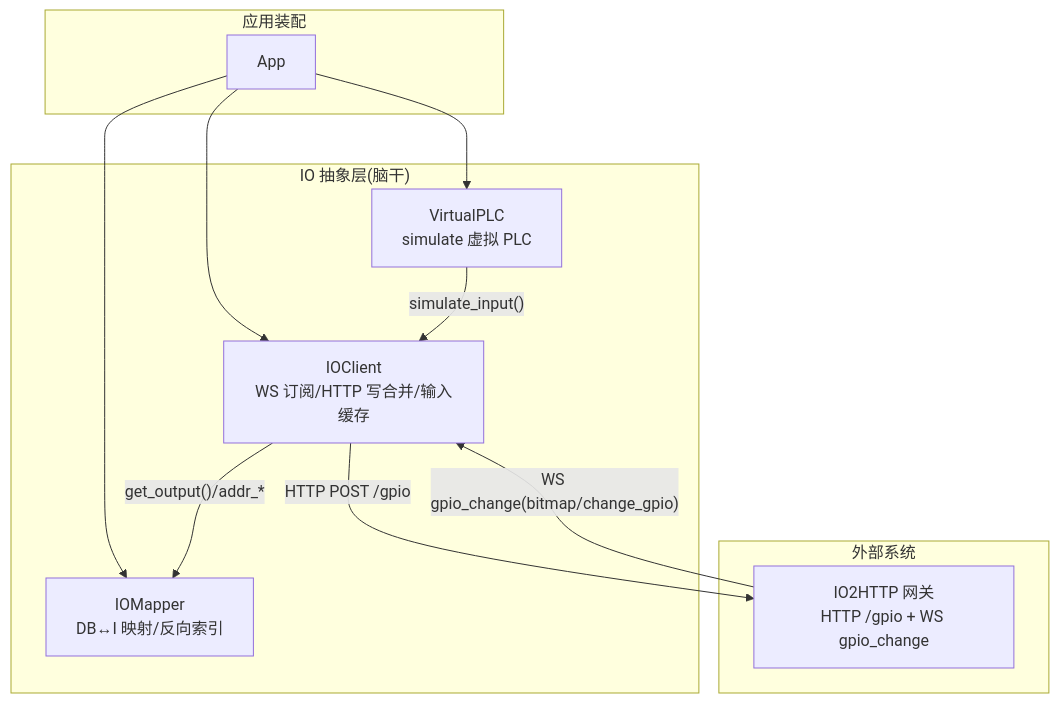
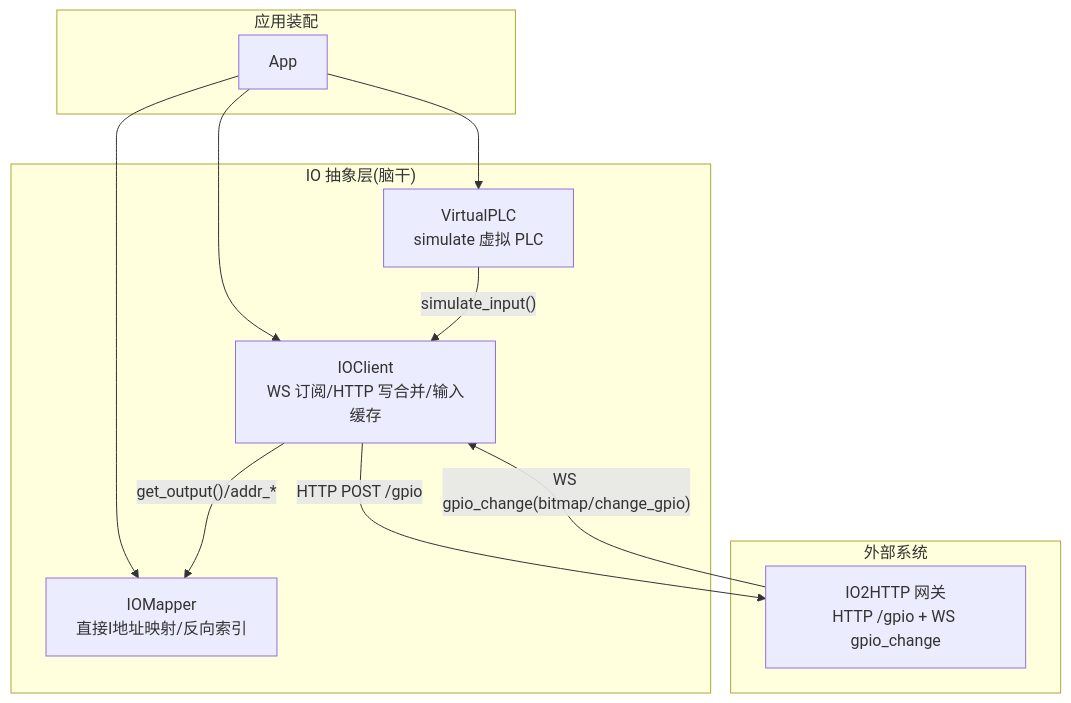
The first of 7 diagrams in .qoder/repowiki/zh/content/脑干模块.md (xmb505/Haku_EET), drawn with Mermaid before and after one commit. The commit also changed other lines of this file and 10 other files, not shown here.

````diff
--- a/.qoder/repowiki/zh/content/脑干模块.md
+++ b/.qoder/repowiki/zh/content/脑干模块.md
@@ -32,21 +41,21 @@
 ```mermaid
 graph TB
 subgraph "应用装配"
 APP["App"]
 end
 subgraph "IO 抽象层(脑干)"
 IO["IOClient<br/>WS 订阅/HTTP 写合并/输入缓存"]
-MAPPER["IOMapper<br/>DB↔I 映射/反向索引"]
+MAPPER["IOMapper<br/>直接I地址映射/反向索引"]
 VPLC["VirtualPLC<br/>simulate 虚拟 PLC"]
 end
 subgraph "外部系统"
 IO2HTTP["IO2HTTP 网关<br/>HTTP /gpio + WS gpio_change"]
 end
 APP --> IO
 APP --> MAPPER
 APP --> VPLC
 IO -- "HTTP POST /gpio" --> IO2HTTP
 IO2HTTP -- "WS gpio_change(bitmap/change_gpio)" --> IO
 VPLC -- "simulate_input()" --> IO
 IO -- "get_output()/addr_*" --> MAPPER
 ```
````
